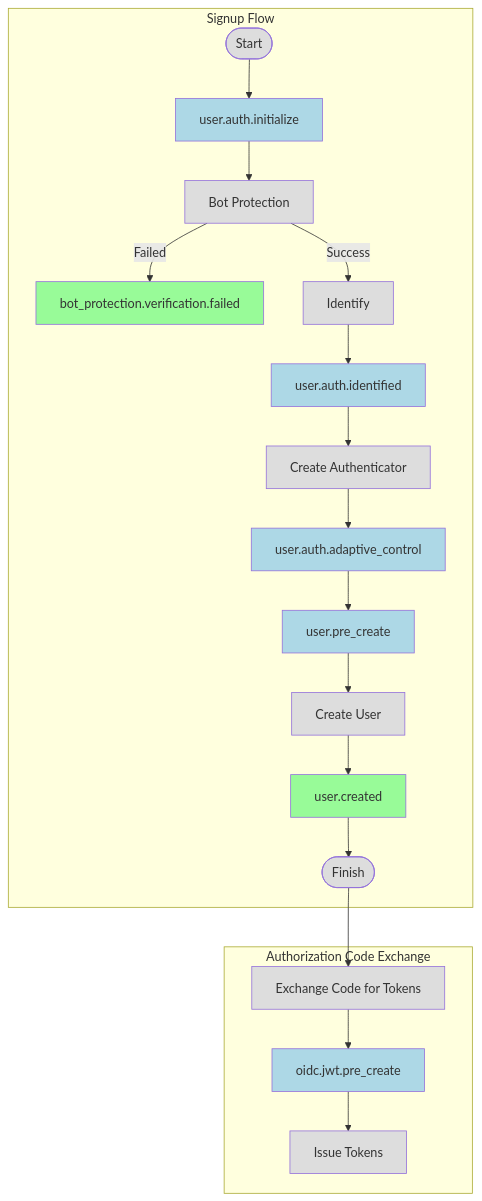
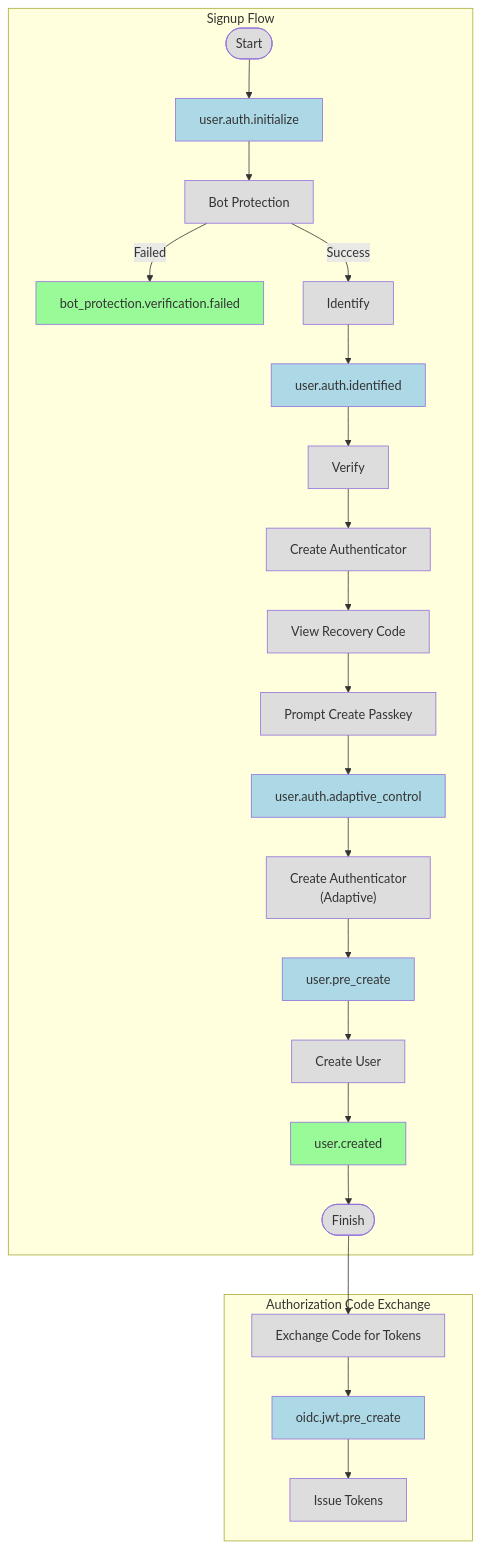
The fourth of 5 diagrams in docs/specs/event.md (authgear/authgear-server), drawn with Mermaid before and after one commit.

Commit message:
Add more steps to the signup flow diagram

````diff
--- a/docs/specs/event.md
+++ b/docs/specs/event.md
@@ -960,32 +960,36 @@
 ```mermaid
 flowchart TD
     subgraph "Signup Flow"
         Start([Start])
         Start --> UserAuthInitialize[user.auth.initialize]
         UserAuthInitialize --> BotProtection[Bot Protection]
         BotProtection -- "Failed" --> BotProtectionFailed[bot_protection.verification.failed]
         BotProtection -- "Success" --> Identify[Identify]
         Identify --> UserAuthIdentified[user.auth.identified]
-        UserAuthIdentified --> CreateAuthenticator[Create Authenticator]
-        CreateAuthenticator --> UserAuthAdaptiveControl[user.auth.adaptive_control]
-        UserAuthAdaptiveControl --> UserPreCreate[user.pre_create]
+        UserAuthIdentified --> Verify[Verify]
+        Verify --> CreateAuthenticator[Create Authenticator]
+        CreateAuthenticator --> ViewRecoveryCode[View Recovery Code]
+        ViewRecoveryCode --> PromptCreatePasskey[Prompt Create Passkey]
+        PromptCreatePasskey --> UserAuthAdaptiveControl[user.auth.adaptive_control]
+        UserAuthAdaptiveControl --> CreateAuthenticatorAdaptive["Create Authenticator<br>(Adaptive)"]
+        CreateAuthenticatorAdaptive --> UserPreCreate[user.pre_create]
         UserPreCreate --> CreateUser[Create User]
         CreateUser --> UserCreated[user.created]
         UserCreated --> FinishSignup([Finish])
     end
 
     subgraph "Authorization Code Exchange"
         ExchangeCode[Exchange Code for Tokens]
         ExchangeCode --> OIDCJWTPreCreate[oidc.jwt.pre_create]
         OIDCJWTPreCreate --> IssueTokens[Issue Tokens]
     end
 
     FinishSignup --> ExchangeCode
 
     classDef event fill:#98FB98
     classDef blockingEvent fill:#ADD8E6
     classDef processNode fill:#dddddd
     class BotProtectionFailed,UserCreated event
     class UserAuthInitialize,UserAuthIdentified,UserAuthAdaptiveControl,UserPreCreate,OIDCJWTPreCreate blockingEvent
-    class Start,BotProtection,Identify,CreateAuthenticator,CreateUser,FinishSignup,ExchangeCode,IssueTokens processNode
+    class Start,BotProtection,Identify,Verify,CreateAuthenticator,ViewRecoveryCode,PromptCreatePasskey,CreateAuthenticatorAdaptive,CreateUser,FinishSignup,ExchangeCode,IssueTokens processNode
 ```
````
